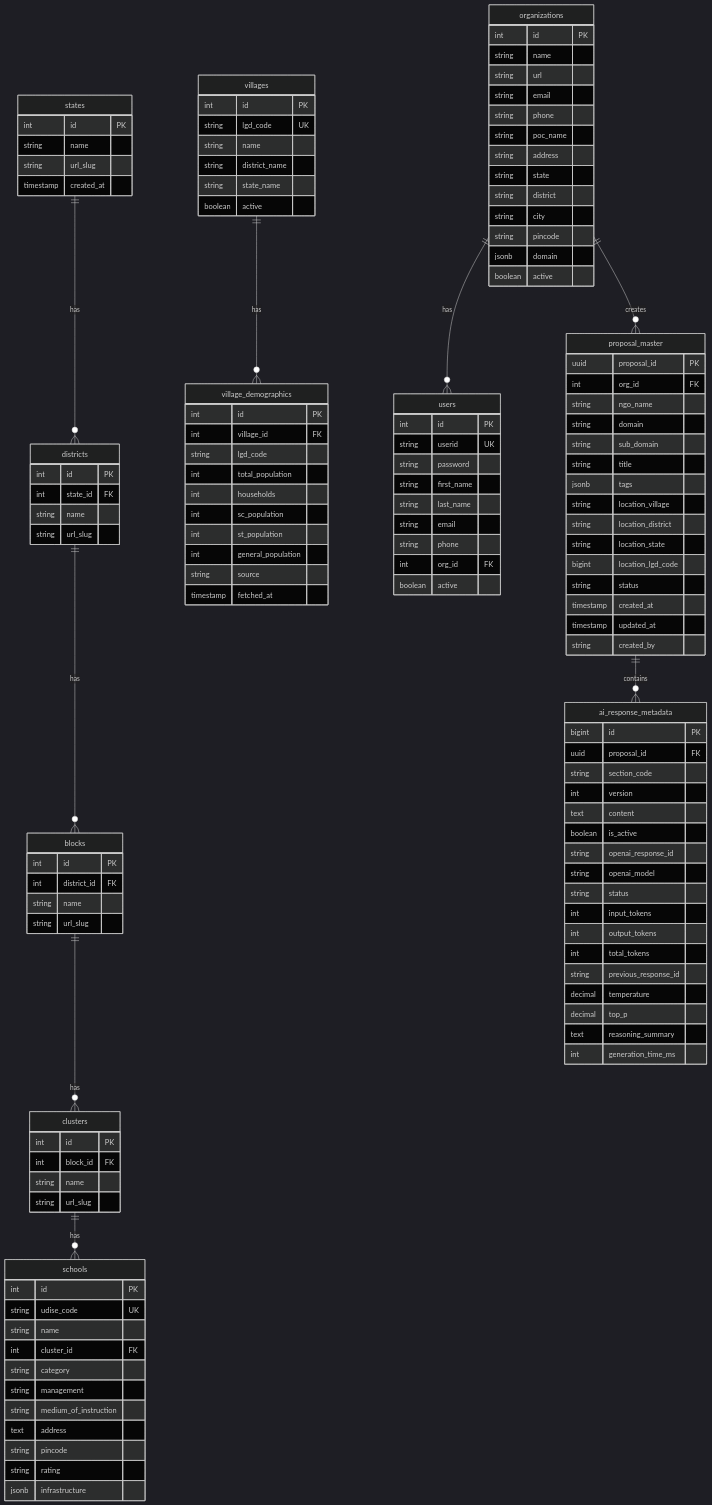
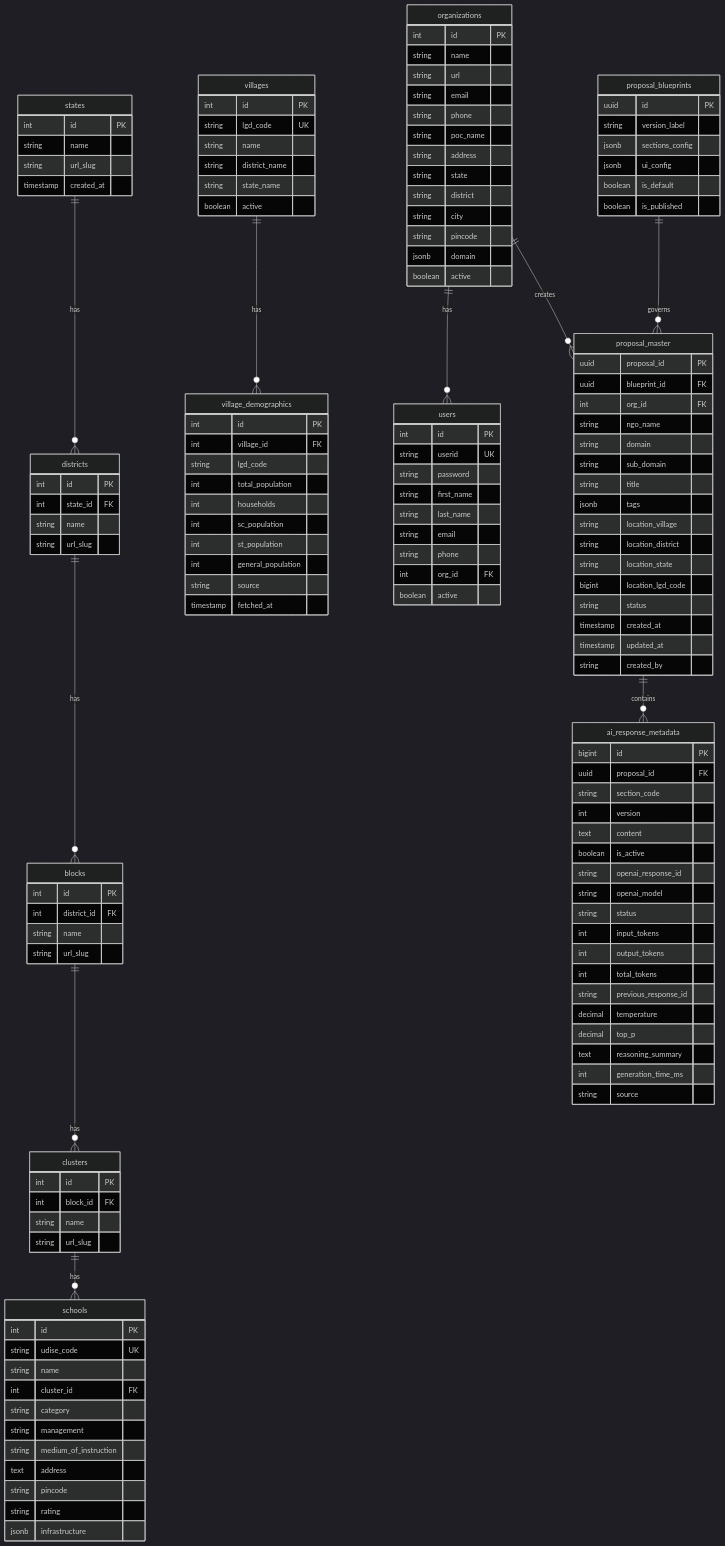
Before and after one commit to Prakalpa-Proposal/prakalpa_proposal_database: the diagram in README.md, drawn with Mermaid (dark theme). The commit also changed other lines of this file and 1 other file, not shown here.

Commit message:
The old backend/seed_domains.py has been replaced by database/scripts/seed_domains.py, which uses raw psycopg2 and loads configuration from database/.env. Changes to README.MD FILE ALSO

````diff
--- a/README.md
+++ b/README.md
@@ -155,10 +156,21 @@
         boolean active
     }
 
+    proposal_blueprints ||--o{ proposal_master : "governs"
+    proposal_blueprints {
+        uuid id PK
+        string version_label
+        jsonb sections_config
+        jsonb ui_config
+        boolean is_default
+        boolean is_published
+    }
+
     organizations ||--o{ proposal_master : "creates"
     proposal_master ||--o{ ai_response_metadata : "contains"
     proposal_master {
         uuid proposal_id PK
+        uuid blueprint_id FK
         int org_id FK
         string ngo_name
         string domain
@@ -193,5 +205,6 @@
         decimal top_p
         text reasoning_summary
         int generation_time_ms
+        string source
     }
 ```
````
